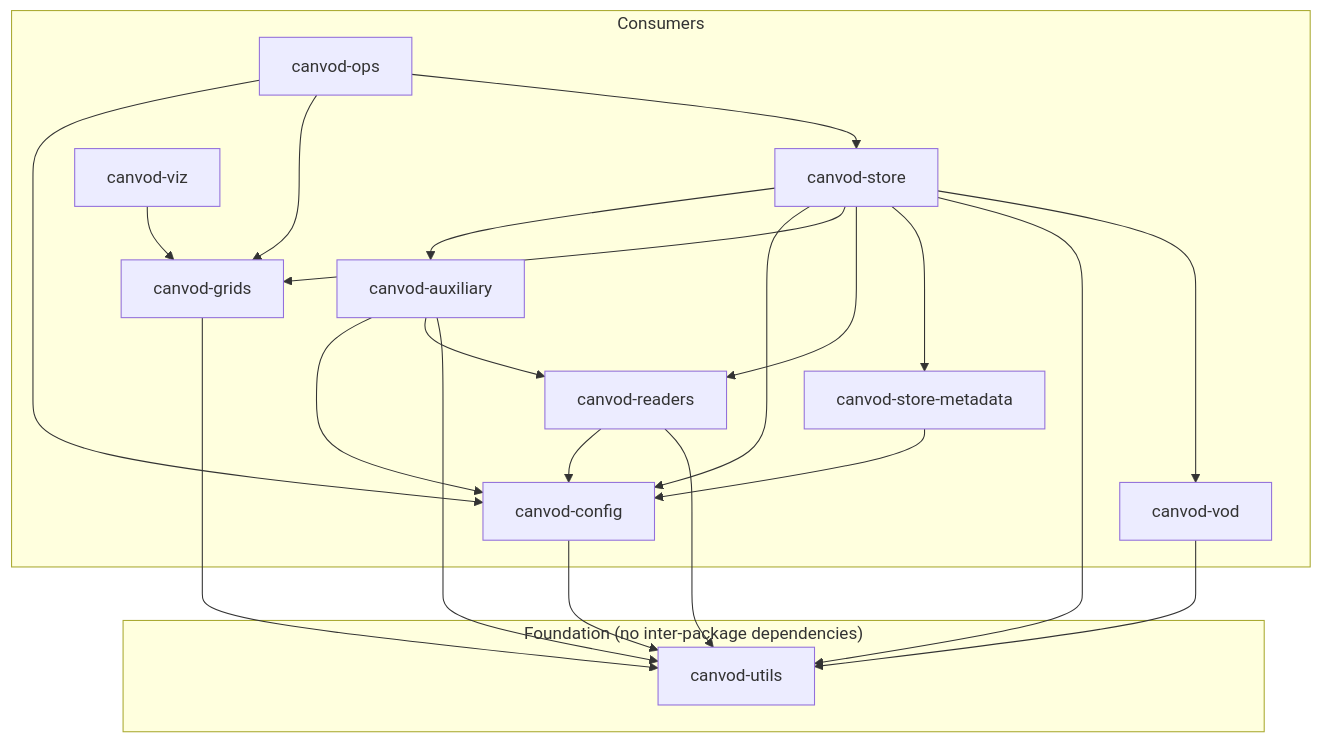
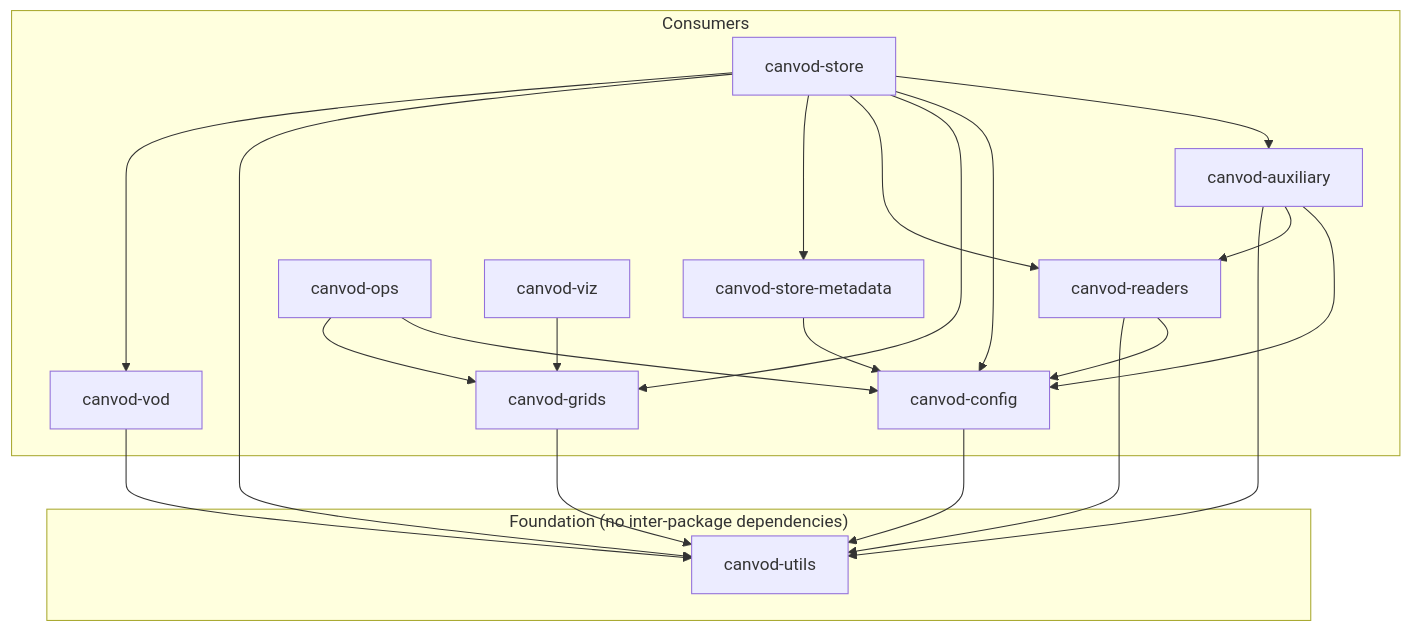
The diagram in docs/dependencies.md (TUW-GEO/canvodpy), drawn with Mermaid before and after one commit. The commit also changed other lines of this file and 3 other files, not shown here.

First line of the commit message:
build(ops): canvod-store is a development dependency of canvod-ops

````diff
--- a/docs/dependencies.md
+++ b/docs/dependencies.md
@@ -15,28 +15,28 @@
 ```mermaid
 graph TD
     subgraph FOUNDATION["Foundation (no inter-package dependencies)"]
         UTILS["canvod-utils"]
     end
 
     subgraph CONSUMERS["Consumers"]
         CONFIG["canvod-config"]
         VOD["canvod-vod"]
         READERS["canvod-readers"]
         STOREMETA["canvod-store-metadata"]
         AUX["canvod-auxiliary"]
         STORE["canvod-store"]
         GRIDS["canvod-grids"]
         OPS["canvod-ops"]
         VIZ["canvod-viz"]
     end
 
     CONFIG --> UTILS
     VOD --> UTILS
     READERS --> CONFIG & UTILS
     STOREMETA --> CONFIG
     AUX --> CONFIG & READERS & UTILS
     STORE --> AUX & CONFIG & GRIDS & READERS & STOREMETA & UTILS & VOD
     GRIDS --> UTILS
-    OPS --> CONFIG & GRIDS & STORE
+    OPS --> CONFIG & GRIDS
     VIZ --> GRIDS
 ```
````
